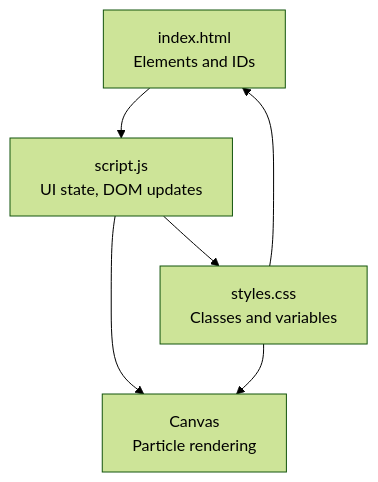
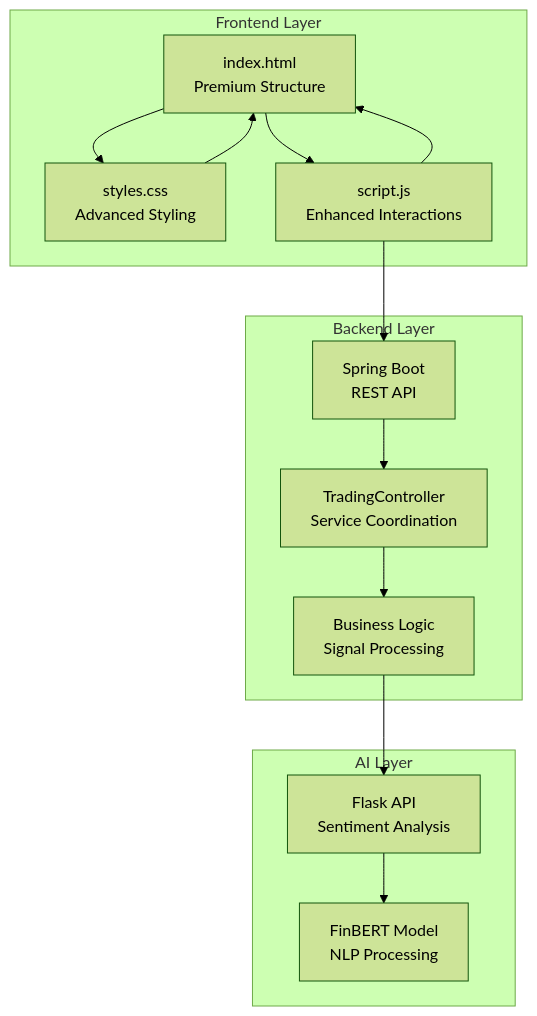
One commit to ayushtiwari1526/TheReinforcers_AyushTiwari changed the fourth of 4 diagrams in .qoder/repowiki/en/content/Styling and Visual Design.md. Above: the diagram before and after it, drawn with Mermaid (forest theme). The commit also changed other lines of this file and 21 other files, not shown here.

First line of the commit message:
feat: Complete AI Trading Signal Engine with Gemma SLM

````diff
--- a/.qoder/repowiki/en/content/Styling and Visual Design.md
+++ b/.qoder/repowiki/en/content/Styling and Visual Design.md
@@ -266,8 +257,26 @@
 ```mermaid
 graph TB
-HTML["index.html<br/>Elements and IDs"] --> JS["script.js<br/>UI state, DOM updates"]
-JS --> Styles["styles.css<br/>Classes and variables"]
-Styles --> HTML
-JS --> Canvas["Canvas<br/>Particle rendering"]
-Styles --> Canvas
+subgraph "Frontend Layer"
+HTML["index.html<br/>Premium Structure"]
+CSS["styles.css<br/>Advanced Styling"]
+JS["script.js<br/>Enhanced Interactions"]
+end
+subgraph "Backend Layer"
+Spring["Spring Boot<br/>REST API"]
+Controller["TradingController<br/>Service Coordination"]
+Service["Business Logic<br/>Signal Processing"]
+end
+subgraph "AI Layer"
+Flask["Flask API<br/>Sentiment Analysis"]
+Model["FinBERT Model<br/>NLP Processing"]
+end
+HTML --> CSS
+HTML --> JS
+JS --> Spring
+Spring --> Controller
+Controller --> Service
+Service --> Flask
+Flask --> Model
+CSS --> HTML
+JS --> HTML
 ```
````
